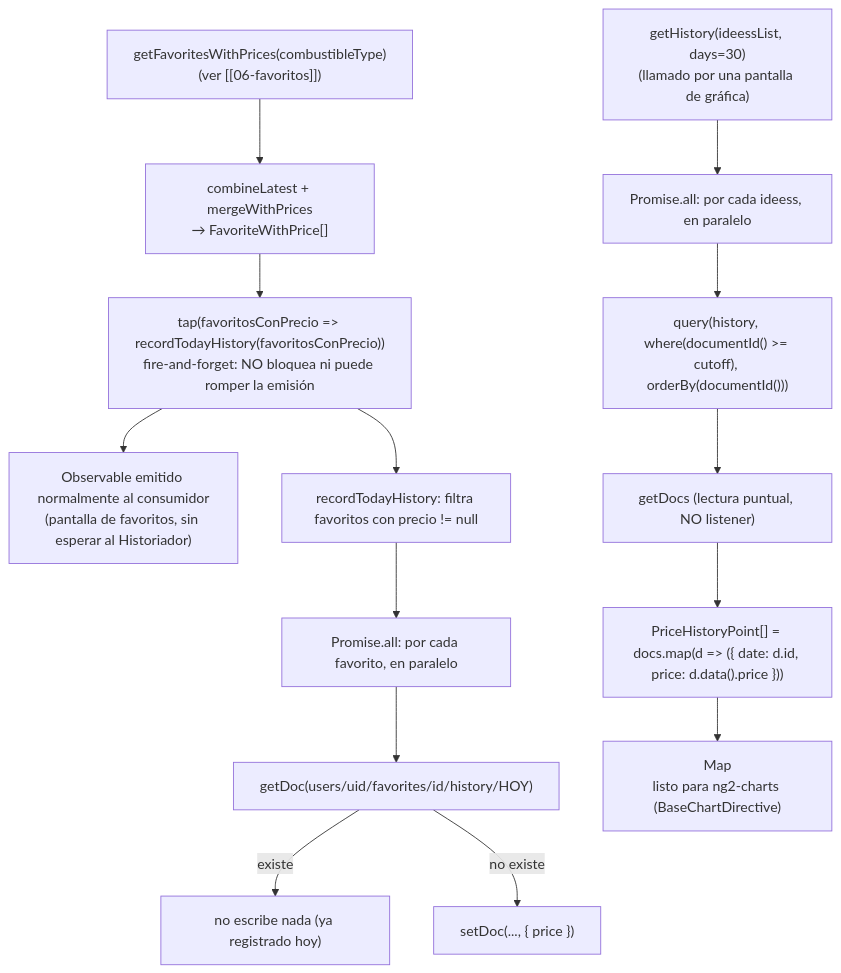
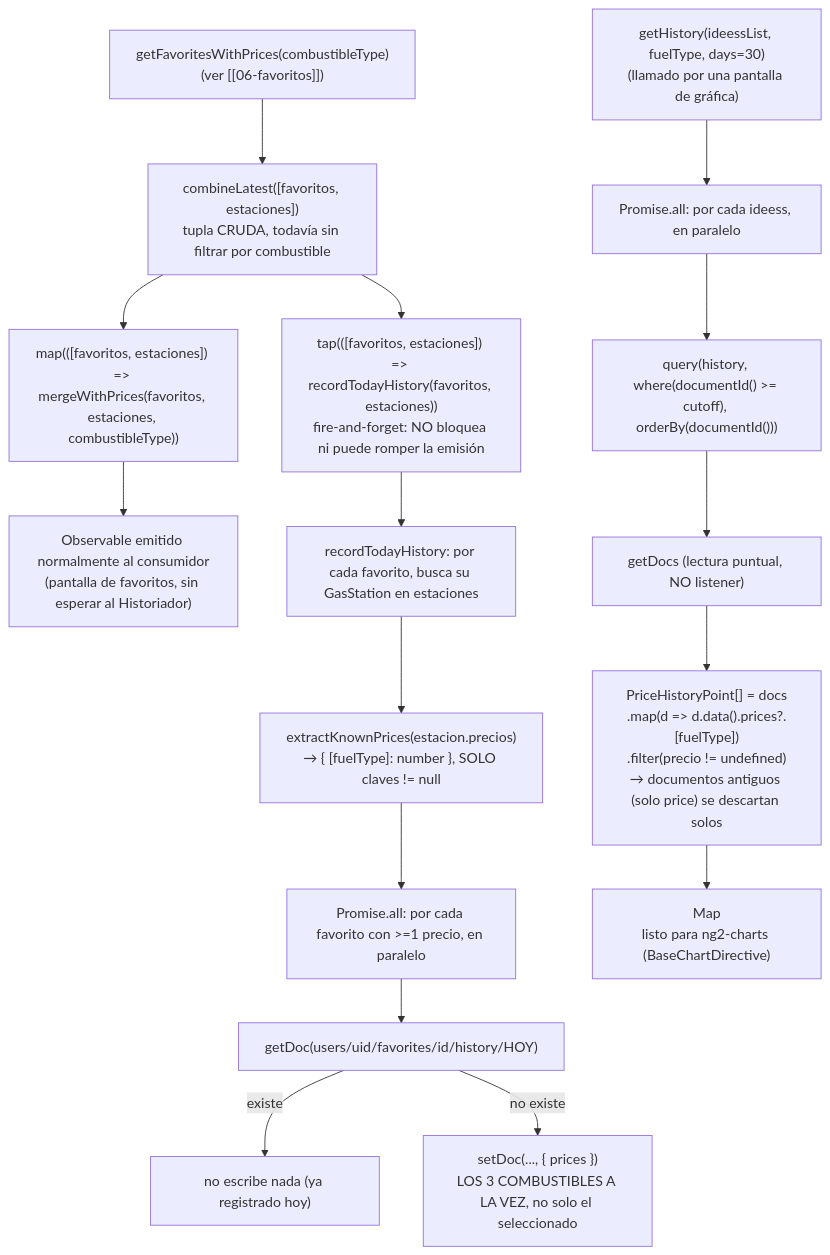
One commit to CarlosGarciaArenal/cheeky-oil changed the third of 5 diagrams in docs/features/07-monitorizacion-historica.md. Above: the diagram before and after it, drawn with Mermaid. The commit also changed other lines of this file and 5 other files, not shown here.

Commit message:
fix(db): histórico de precios refactorizado para almacenar y visualizar por tipo de combustible seleccionado

````diff
--- a/docs/features/07-monitorizacion-historica.md
+++ b/docs/features/07-monitorizacion-historica.md
@@ -78,18 +78,20 @@
 ```mermaid
 flowchart TD
-    A["getFavoritesWithPrices(combustibleType)\n(ver [[06-favoritos]])"] --> B["combineLatest + mergeWithPrices\n→ FavoriteWithPrice[]"]
-    B --> C["tap(favoritosConPrecio => recordTodayHistory(favoritosConPrecio))\nfire-and-forget: NO bloquea ni puede romper la emisión"]
-    C --> D["Observable<FavoriteWithPrice[]> emitido normalmente al consumidor\n(pantalla de favoritos, sin esperar al Historiador)"]
+    A["getFavoritesWithPrices(combustibleType)\n(ver [[06-favoritos]])"] --> B["combineLatest([favoritos, estaciones])\ntupla CRUDA, todavía sin filtrar por combustible"]
+    B --> C["tap(([favoritos, estaciones]) => recordTodayHistory(favoritos, estaciones))\nfire-and-forget: NO bloquea ni puede romper la emisión"]
+    B --> D2["map(([favoritos, estaciones]) => mergeWithPrices(favoritos, estaciones, combustibleType))"]
+    D2 --> D["Observable<FavoriteWithPrice[]> emitido normalmente al consumidor\n(pantalla de favoritos, sin esperar al Historiador)"]
 
-    C --> E["recordTodayHistory: filtra favoritos con precio != null"]
-    E --> F["Promise.all: por cada favorito, en paralelo"]
+    C --> E["recordTodayHistory: por cada favorito, busca su GasStation en estaciones"]
+    E --> E2["extractKnownPrices(estacion.precios)\n→ { [fuelType]: number }, SOLO claves != null"]
+    E2 --> F["Promise.all: por cada favorito con >=1 precio, en paralelo"]
     F --> G["getDoc(users/uid/favorites/id/history/HOY)"]
     G -->|"existe"| H["no escribe nada (ya registrado hoy)"]
-    G -->|"no existe"| I["setDoc(..., { price })"]
+    G -->|"no existe"| I["setDoc(..., { prices })\nLOS 3 COMBUSTIBLES A LA VEZ, no solo el seleccionado"]
 
-    J["getHistory(ideessList, days=30)\n(llamado por una pantalla de gráfica)"] --> K["Promise.all: por cada ideess, en paralelo"]
+    J["getHistory(ideessList, fuelType, days=30)\n(llamado por una pantalla de gráfica)"] --> K["Promise.all: por cada ideess, en paralelo"]
     K --> L["query(history, where(documentId() >= cutoff), orderBy(documentId()))"]
     L --> M["getDocs (lectura puntual, NO listener)"]
-    M --> N["PriceHistoryPoint[] = docs.map(d => ({ date: d.id, price: d.data().price }))"]
+    M --> N["PriceHistoryPoint[] = docs\n.map(d => d.data().prices?.[fuelType])\n.filter(precio != undefined)\n→ documentos antiguos (solo price) se descartan solos"]
     N --> O["Map<ideess, PriceHistoryPoint[]>\nlisto para ng2-charts (BaseChartDirective)"]
 ```
````
